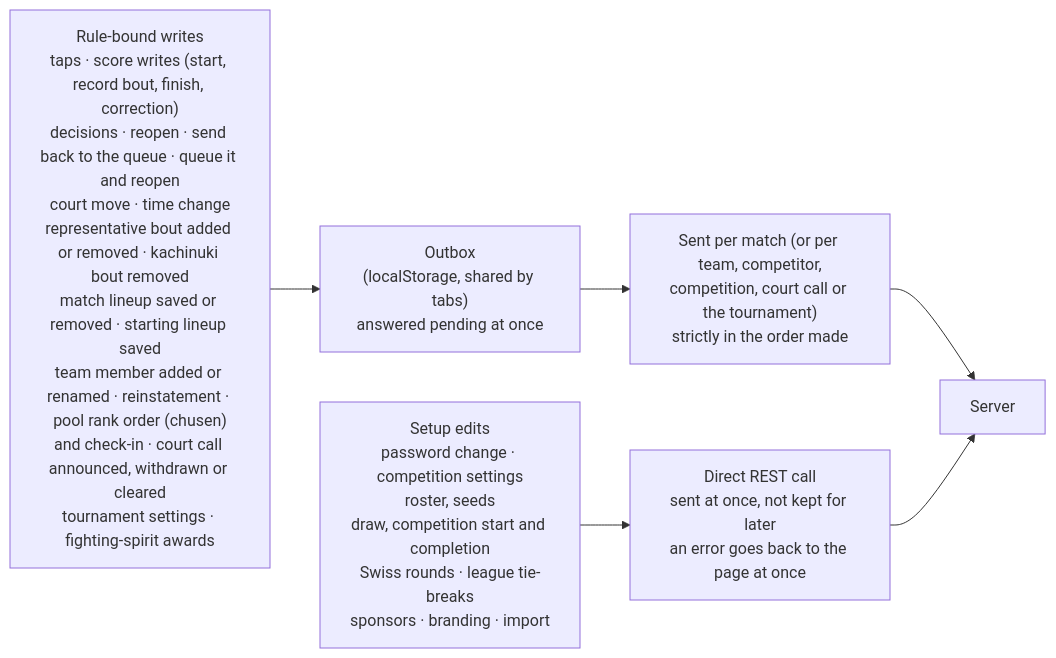
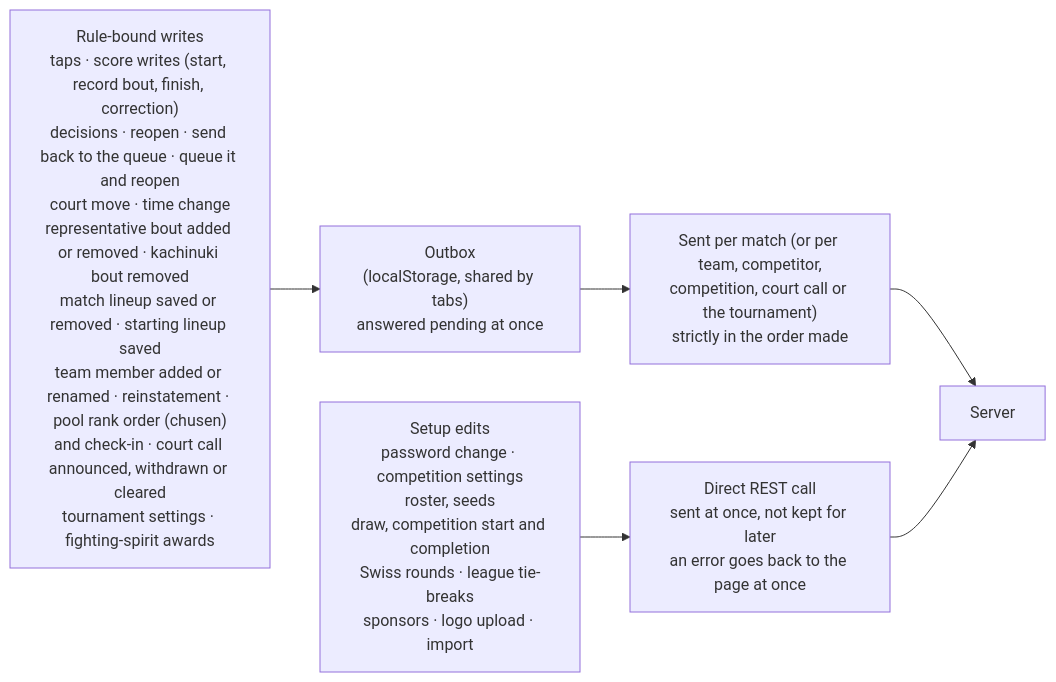
The sixth of 8 diagrams in docs/architecture/network-architecture.md (gitrgoliveira/bracket-creator), drawn with Mermaid before and after one commit. The commit also changed other lines of this file and 4 other files, not shown here.

````diff
--- a/docs/architecture/network-architecture.md
+++ b/docs/architecture/network-architecture.md
@@ -217,10 +217,10 @@
 ```mermaid
 flowchart LR
     rule["Rule-bound writes<br/>taps · score writes (start, record bout, finish, correction)<br/>decisions · reopen · send back to the queue · queue it and reopen<br/>court move · time change<br/>representative bout added or removed · kachinuki bout removed<br/>match lineup saved or removed · starting lineup saved<br/>team member added or renamed · reinstatement · pool rank order (chusen)<br/>and check-in · court call announced, withdrawn or cleared<br/>tournament settings · fighting-spirit awards"]
     rule --> ob["Outbox<br/>(localStorage, shared by tabs)<br/>answered pending at once"]
     ob --> order["Sent per match (or per team, competitor,<br/>competition, court call or the tournament)<br/>strictly in the order made"]
     order --> srv["Server"]
-    setup["Setup edits<br/>password change · competition settings<br/>roster, seeds<br/>draw, competition start and completion<br/>Swiss rounds · league tie-breaks<br/>sponsors · branding · import"]
+    setup["Setup edits<br/>password change · competition settings<br/>roster, seeds<br/>draw, competition start and completion<br/>Swiss rounds · league tie-breaks<br/>sponsors · logo upload · import"]
     setup --> direct["Direct REST call<br/>sent at once, not kept for later<br/>an error goes back to the page at once"]
     direct --> srv
 ```
````
